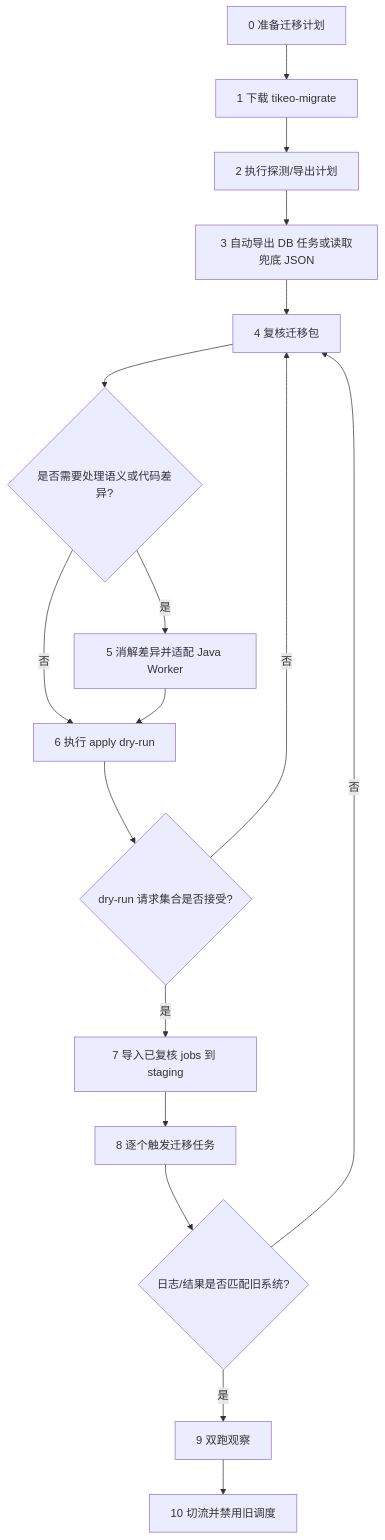
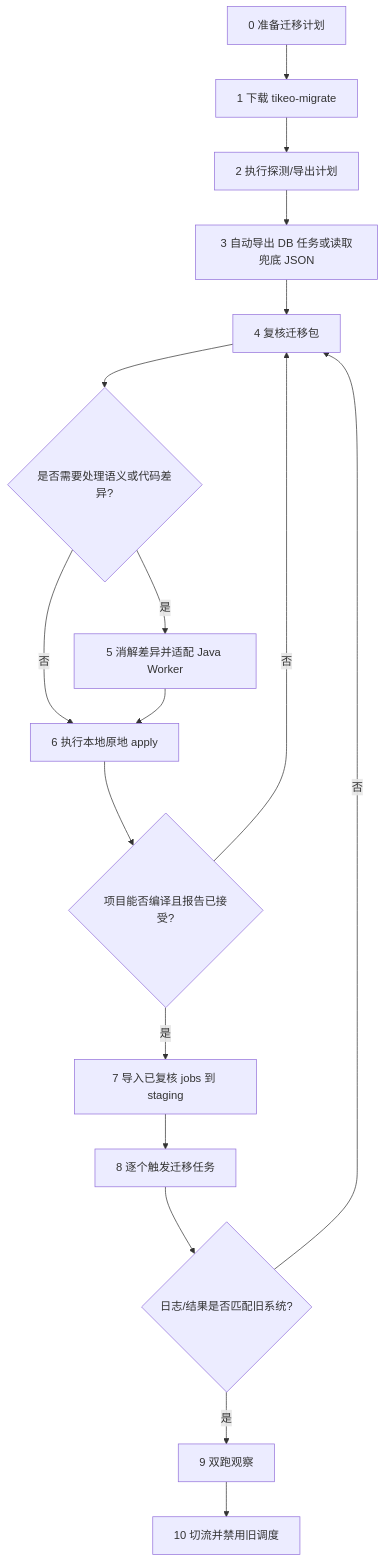
Before and after one commit to yhyzgn/tikeo: the diagram in docs/i18n/zh-CN/docusaurus-plugin-content-docs/current/integrations/migrating-from-legacy-schedulers.md, drawn with Mermaid. The commit also changed other lines of this file and 22 other files, not shown here.

````diff
--- a/docs/i18n/zh-CN/docusaurus-plugin-content-docs/current/integrations/migrating-from-legacy-schedulers.md
+++ b/docs/i18n/zh-CN/docusaurus-plugin-content-docs/current/integrations/migrating-from-legacy-schedulers.md
@@ -30,19 +30,19 @@
 ```mermaid
 flowchart TD
   A[0 准备迁移计划] --> B[1 下载 tikeo-migrate]
   B --> C[2 执行探测/导出计划]
   C --> D[3 自动导出 DB 任务或读取兜底 JSON]
   D --> E[4 复核迁移包]
   E --> F{是否需要处理语义或代码差异?}
   F -- 是 --> G[5 消解差异并适配 Java Worker]
-  F -- 否 --> H[6 执行 apply dry-run]
+  F -- 否 --> H[6 执行本地原地 apply]
   G --> H
-  H --> I{dry-run 请求集合是否接受?}
+  H --> I{项目能否编译且报告已接受?}
   I -- 否 --> E
   I -- 是 --> J[7 导入已复核 jobs 到 staging]
   J --> K[8 逐个触发迁移任务]
   K --> L{日志/结果是否匹配旧系统?}
   L -- 否 --> E
   L -- 是 --> M[9 双跑观察]
   M --> N[10 切流并禁用旧调度]
 ```
````
